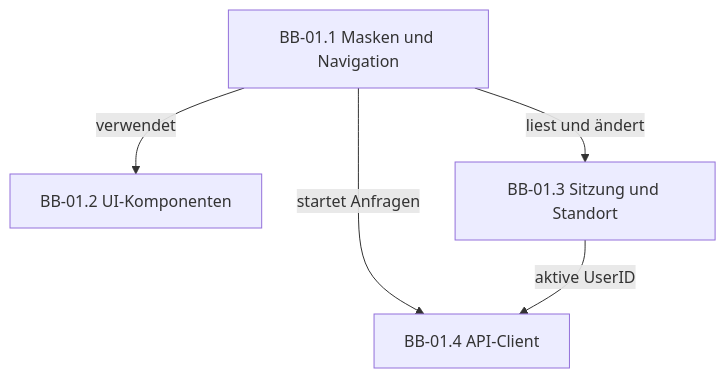
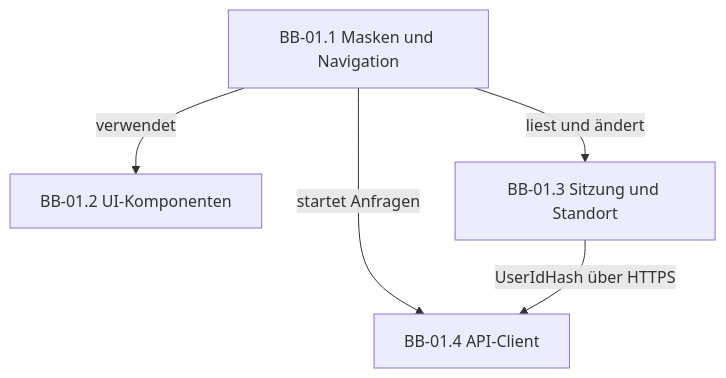
One commit to ahil-trq/thm_wk-1106_food-mood changed the second of 4 diagrams in docs/arch/A05-Bausteinsicht.md. Above: the diagram before and after it, drawn with Mermaid. The commit also changed other lines of this file and 18 other files, not shown here.

````diff
--- a/docs/arch/A05-Bausteinsicht.md
+++ b/docs/arch/A05-Bausteinsicht.md
@@ -154,12 +154,12 @@
 ```mermaid
 flowchart TD
     pages["BB-01.1 Masken und Navigation"]
     components["BB-01.2 UI-Komponenten"]
     context["BB-01.3 Sitzung und Standort"]
     client["BB-01.4 API-Client"]
 
     pages -->|verwendet| components
     pages -->|liest und ändert| context
     pages -->|startet Anfragen| client
-    context -->|aktive UserID| client
+    context -->|UserIdHash über HTTPS| client
 ```
````
